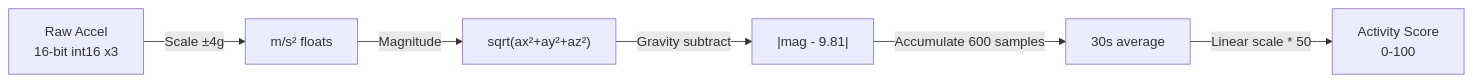
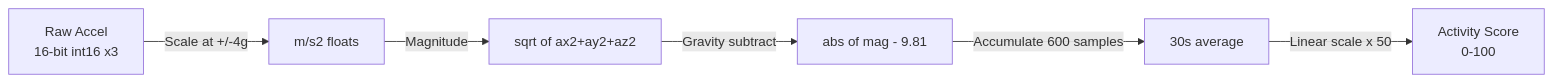
Before and after one commit to MYP-Tech/smart-goat-health-band: the third of 5 diagrams in docs/05_DATA_FLOW_AND_PROTOCOLS.md, drawn with Mermaid. The commit also changed other lines of this file and 6 other files, not shown here.

````diff
--- a/docs/05_DATA_FLOW_AND_PROTOCOLS.md
+++ b/docs/05_DATA_FLOW_AND_PROTOCOLS.md
@@ -147,8 +120,8 @@
 ```mermaid
 graph LR
-    RAW["Raw Accel\n16-bit int16 x3"] -->|Scale ±4g| MS2["m/s² floats"]
-    MS2 -->|Magnitude| MAG["sqrt(ax²+ay²+az²)"]
-    MAG -->|Gravity subtract| NET["|mag - 9.81|"]
+    RAW["Raw Accel\n16-bit int16 x3"] -->|Scale at +/-4g| MS2["m/s2 floats"]
+    MS2 -->|Magnitude| MAG["sqrt of ax2+ay2+az2"]
+    MAG -->|Gravity subtract| NET["abs of mag - 9.81"]
     NET -->|Accumulate 600 samples| AVG["30s average"]
-    AVG -->|Linear scale * 50| SCORE["Activity Score\n0-100"]
+    AVG -->|Linear scale x 50| SCORE["Activity Score\n0-100"]
 ```
````
